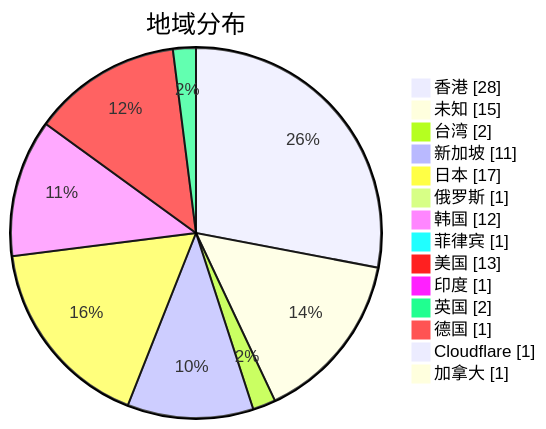
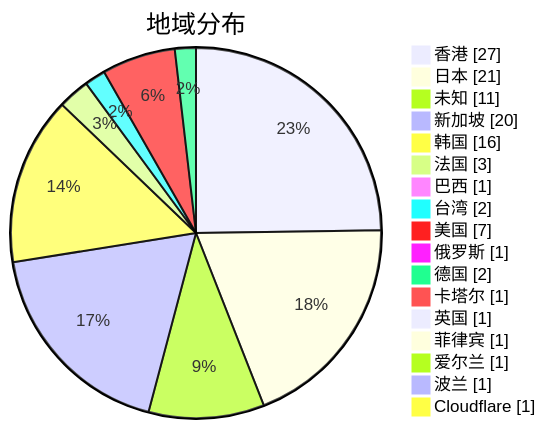
Before and after one commit to qjlxg/airport: the second of 3 diagrams in subs/statistics/tested_within.md, drawn with Mermaid. The commit also changed other lines of this file and 2 other files, not shown here.

Commit message:
Tested by metaST

````diff
--- a/subs/statistics/tested_within.md
+++ b/subs/statistics/tested_within.md
@@ -10,18 +12,21 @@
 ```mermaid
 pie showData
 title 地域分布
-"香港" : 28
-"未知" : 15
+"香港" : 27
+"日本" : 21
+"未知" : 11
+"新加坡" : 20
+"韩国" : 16
+"法国" : 3
+"巴西" : 1
 "台湾" : 2
-"新加坡" : 11
-"日本" : 17
+"美国" : 7
 "俄罗斯" : 1
-"韩国" : 12
+"德国" : 2
+"卡塔尔" : 1
+"英国" : 1
 "菲律宾" : 1
-"美国" : 13
-"印度" : 1
-"英国" : 2
-"德国" : 1
+"爱尔兰" : 1
+"波兰" : 1
 "Cloudflare" : 1
-"加拿大" : 1
 ```
````
